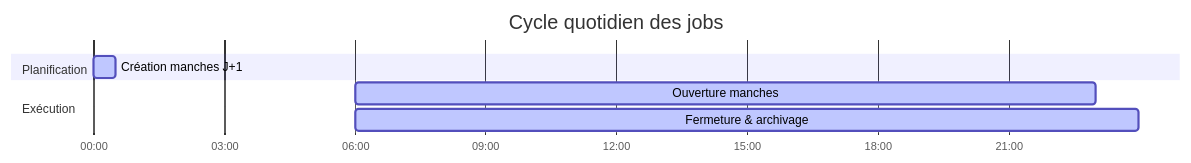
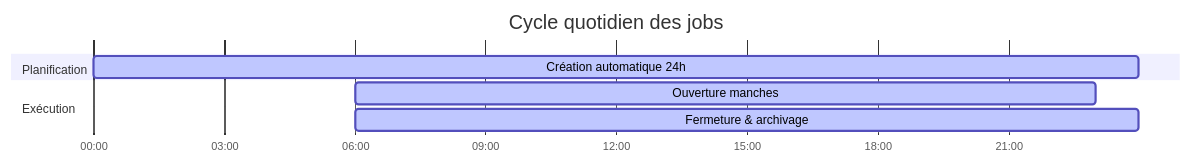
One commit to Adrien490/jimboa changed the fifth of 6 diagrams in README.md. Above: the diagram before and after it, drawn with Mermaid. The commit also changed other lines of this file and 1 other file, not shown here.

````diff
--- a/README.md
+++ b/README.md
@@ -331,13 +332,13 @@
 ```mermaid
 gantt
     title Cycle quotidien des jobs
     dateFormat HH:mm
     axisFormat %H:%M
 
     section Planification
-    Création manches J+1    :active, plan, 00:00, 00:30
+    Création automatique 24h :active, plan, 00:00, 23:59
 
     section Exécution
     Ouverture manches        :active, open, 06:00, 23:00
     Fermeture & archivage    :active, close, 06:00, 23:59
 ```
````
